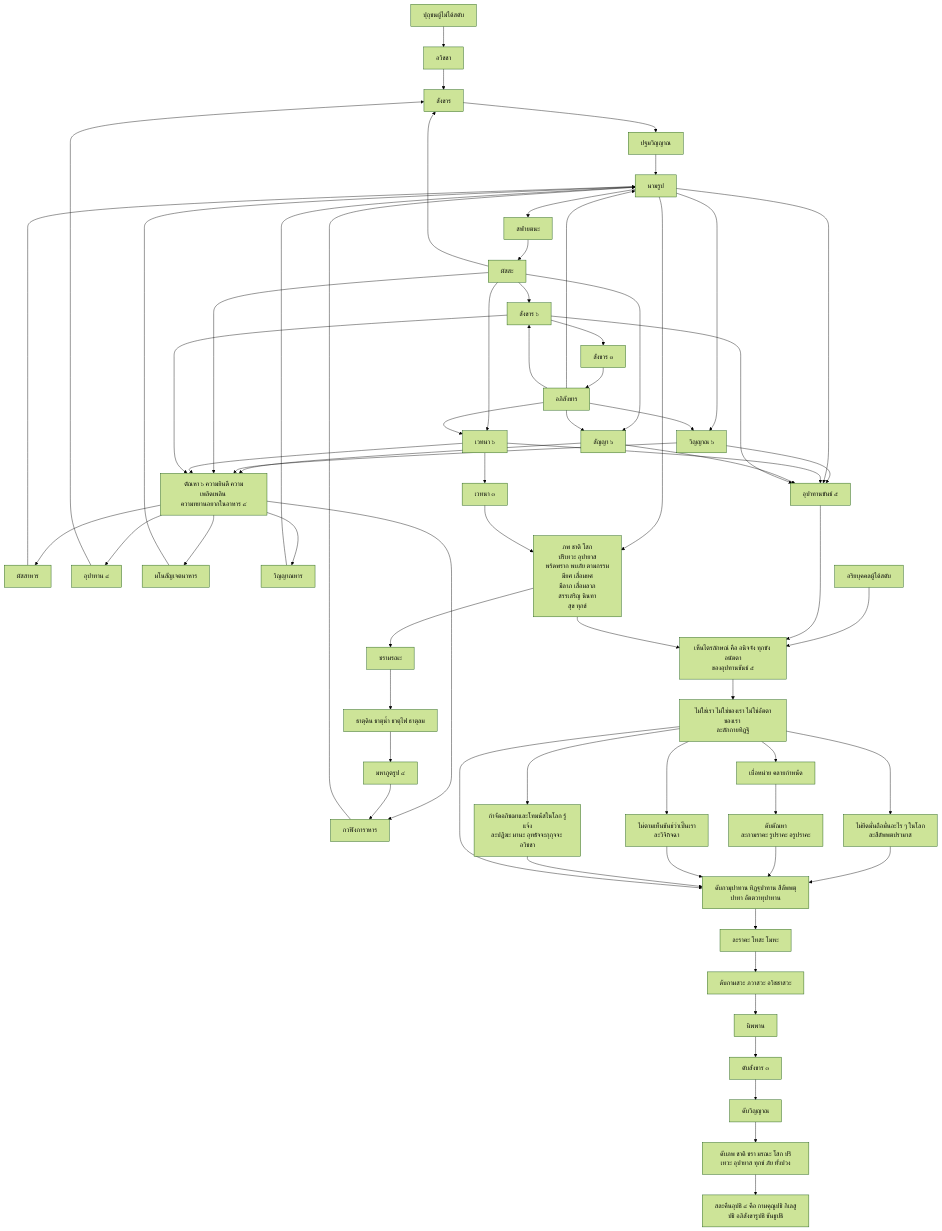
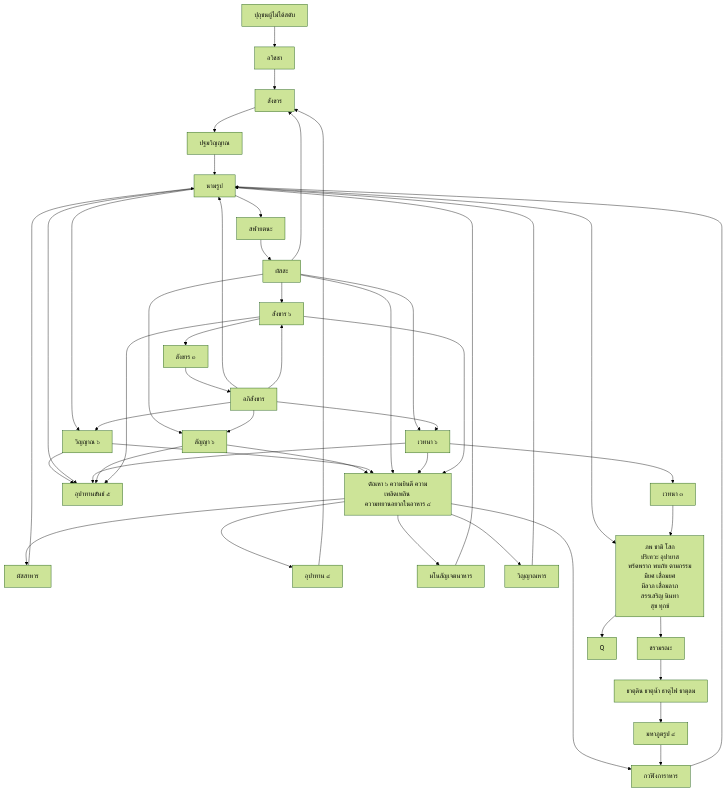
The diagram in README.md (Kietpawpan/buddism), drawn with Mermaid (forest theme) before and after one commit.

````diff
--- a/README.md
+++ b/README.md
@@ -7,37 +7,29 @@
 ```mermaid
 
 flowchart TD
 Z0[ปุถุชนผู้ไม่ได้สดับ]-->A[อวิชชา] --> B[สังขาร]
 B--> C[ปฐมวิญญาณ ]-->D[นามรูป]-->E[สฬายตนะ]-->F[ผัสสะ]-->G[เวทนา ๖]
 F-->H[สัญญา ๖]-->I
 I-->F1[ผัสสาหาร]-->D
 D-->VI[วิญญาณ ๖]-->P
 VI-->I
 F-->I
 I-->S3
 F-->B
 G-->I[ตัณหา ๖ ความยินดี ความเพลิดเพลิน \nความทยานอยากในอาหาร ๔]-->J[อุปาทาน ๔]-->B
 I-->M1[มโนสัญเจตนาหาร]-->D
 I-->V1[วิญญาณหาร]-->D
 F-->K[สังขาร ๖]-->I
 K-->SK[สังขาร ๓]-->AP[อภิสังขาร]-->D
 AP-->G
 AP-->H
 AP-->VI
 AP-->K
 D-->P[อุปาทานขันธ์ ๕]
 G-->P
 H-->P
 K-->P
-AR[อริยบุคคลผู้ได้สดับ]-->Q
-P-->Q[เห็นไตรลักษณ์ คือ อนิจจัง ทุกขัง อนัตตา\nของอุปทานขันธ์ ๕]-->R[ไม่ใช่เรา ไม่ใช่ของเรา ไม่ใช่อัตตาของเรา \nละสักกายทิฏฐิ]
-R-->U[ไม่ยึดมั่นถือมั่นอะไร ๆ ในโลก \nละสีลัพพตปรามาส]-->W[ดับกามุปาทาน ทิฏฐุปาทาน สีลัพพตุปาทา อัตตวาทุปาทาน]-->AA[ละราคะ โทสะ โมหะ]-->AB[ดับกามสวะ ภวาสวะ อวิชชาสวะ]-->X[นิพพาน]-->V[ดับสังขาร ๓]-->AD[ดับวิญญาณ]-->AC[ดับภพ ชาติ ชรา มรณะ โสก ปริเทวะ อุปายาส ทุกข์ ภัย ทั้งปวง]-->UP[สละคืนอุปธิ ๔ คือ กามคุณูปธิ กิเลสูปธิ อภิสังขารูปธิ ขันธูปธิ]
-R-->S[เบื่อหน่าย คลายกำหนัด]-->T[ดับตัณหา \nละกามราคะ รูปราคะ อรูปราคะ]
-T-->W
-R-->Y[ไม่ตามเห็นขันธ์ว่าเป็นเรา \nละวิจิกิจฉา]-->W
-R-->Z[กำจัดอภิชฌาและโทมนัสในโลก รู้แจ้ง\nละปฏิฆะ มานะ อุทธัจจะกุกุจจะ อวิชชา]-->W
-R-->W
 S1[ธาตุดิน ธาตุน้ำ ธาตุไฟ ธาตุลม]-->S2[มหาภูตรูป ๔]-->S3[กวฬิงการาหาร]-->D-->D1[ภพ ชาติ โสก \nปริเทวะ อุปายาส \nพร้ดพราก พบภัย ตามกรรม\nมียศ เสื่อมยศ\nมีลาภ เสื่อมลาภ\nสรรเสริญ นินทา\nสุข ทุกข์]-->D0[ชรามรณะ]-->S1
 D1-->Q
 G-->V3[เวทนา ๓]-->D1
 ```
````
